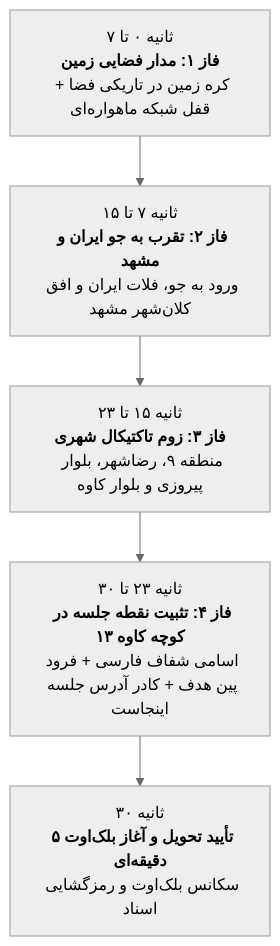
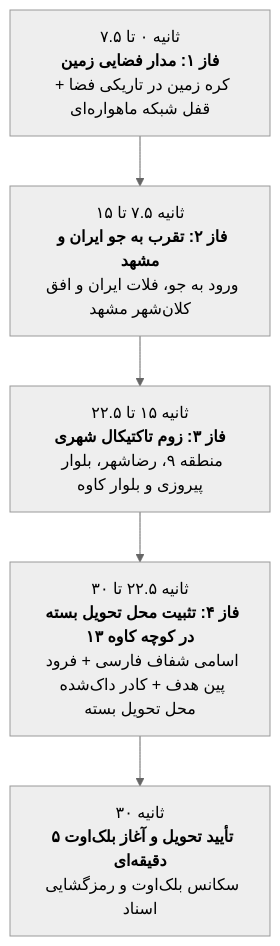
Before and after one commit to elyas5203/RazeDehkade: the diagram in MASTER_PLAN_EARTH_ZOOM_DELIVERY.md, drawn with Mermaid (neutral theme). The commit also changed other lines of this file and 6 other files, not shown here.

````diff
--- a/MASTER_PLAN_EARTH_ZOOM_DELIVERY.md
+++ b/MASTER_PLAN_EARTH_ZOOM_DELIVERY.md
@@ -26,8 +21,8 @@
 ```mermaid
 flowchart TD
-    T0["ثانیه ۰ تا ۷<br><b>فاز ۱: مدار فضایی زمین</b><br>کره زمین در تاریکی فضا + قفل شبکه ماهواره‌ای"]
-    --> T7["ثانیه ۷ تا ۱۵<br><b>فاز ۲: تقرب به جو ایران و مشهد</b><br>ورود به جو، فلات ایران و افق کلان‌شهر مشهد"]
-    --> T15["ثانیه ۱۵ تا ۲۳<br><b>فاز ۳: زوم تاکتیکال شهری</b><br>منطقه ۹، رضاشهر، بلوار پیروزی و بلوار کاوه"]
-    --> T23["ثانیه ۲۳ تا ۳۰<br><b>فاز ۴: تثبیت نقطه جلسه در کوچه کاوه ۱۳</b><br>اسامی شفاف فارسی + فرود پین هدف + کادر آدرس جلسه اینجاست"]
+    T0["ثانیه ۰ تا ۷.۵<br><b>فاز ۱: مدار فضایی زمین</b><br>کره زمین در تاریکی فضا + قفل شبکه ماهواره‌ای"]
+    --> T7["ثانیه ۷.۵ تا ۱۵<br><b>فاز ۲: تقرب به جو ایران و مشهد</b><br>ورود به جو، فلات ایران و افق کلان‌شهر مشهد"]
+    --> T15["ثانیه ۱۵ تا ۲۲.۵<br><b>فاز ۳: زوم تاکتیکال شهری</b><br>منطقه ۹، رضاشهر، بلوار پیروزی و بلوار کاوه"]
+    --> T23["ثانیه ۲۲.۵ تا ۳۰<br><b>فاز ۴: تثبیت محل تحویل بسته در کوچه کاوه ۱۳</b><br>اسامی شفاف فارسی + فرود پین هدف + کادر داک‌شده محل تحویل بسته"]
     --> T30["ثانیه ۳۰<br><b>تأیید تحویل و آغاز بلک‌اوت ۵ دقیقه‌ای</b><br>سکانس بلک‌اوت و رمزگشایی اسناد"]
 ```
````
